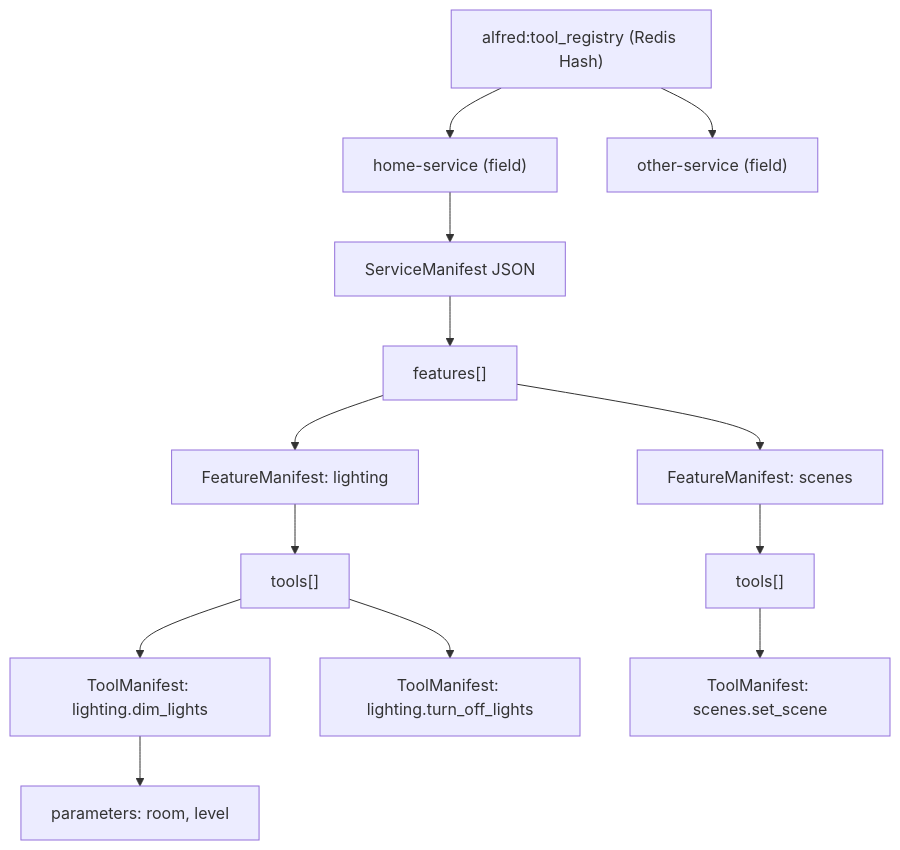
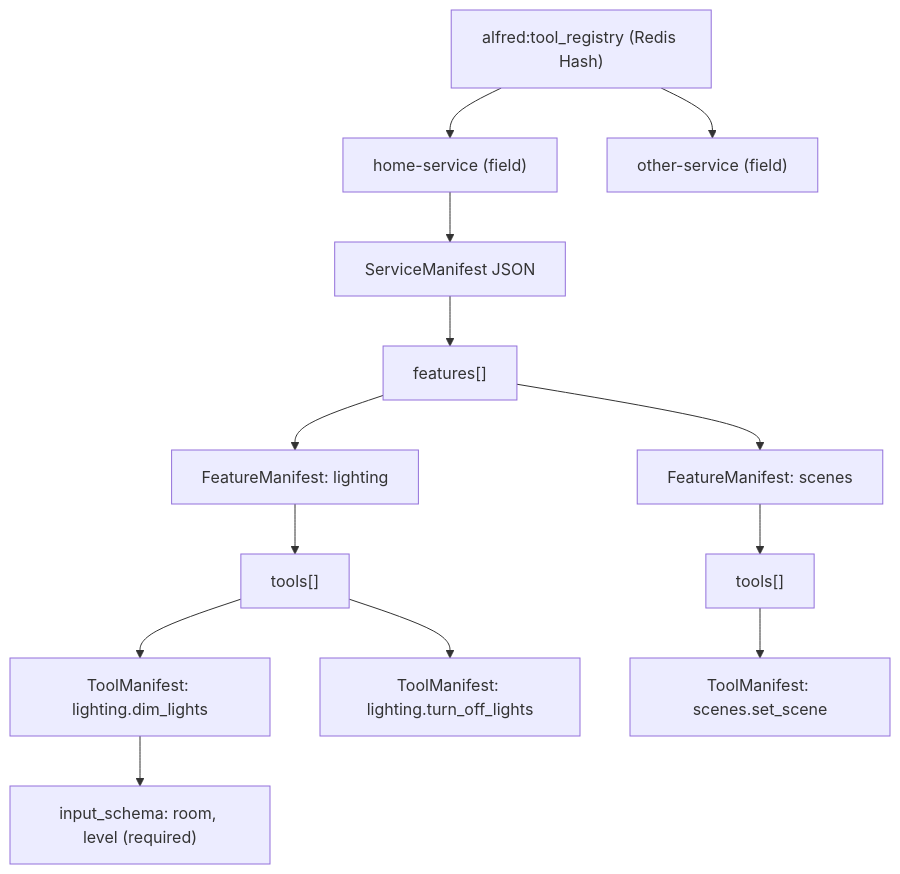
One commit to anirudhlath/alfred changed the first of 4 diagrams in docs/sdk.md. Above: the diagram before and after it, drawn with Mermaid. The commit also changed other lines of this file and 3 other files, not shown here.

Commit message:
feat(sdk): generate each tool's input schema from its signature (#300, #301)

````diff
--- a/docs/sdk.md
+++ b/docs/sdk.md
@@ -287,15 +277,15 @@
 ```mermaid
 graph TD
     A["alfred:tool_registry (Redis Hash)"] --> B["home-service (field)"]
     A --> C["other-service (field)"]
     B --> D["ServiceManifest JSON"]
     D --> E["features[]"]
     E --> F["FeatureManifest: lighting"]
     E --> G["FeatureManifest: scenes"]
     F --> H["tools[]"]
     H --> I["ToolManifest: lighting.dim_lights"]
     H --> J["ToolManifest: lighting.turn_off_lights"]
-    I --> K["parameters: room, level"]
+    I --> K["input_schema: room, level (required)"]
     G --> L["tools[]"]
     L --> M["ToolManifest: scenes.set_scene"]
 ```
````
